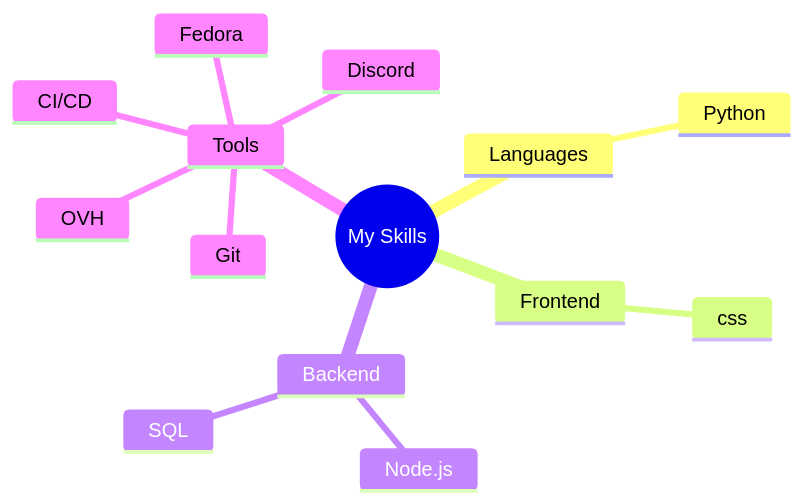
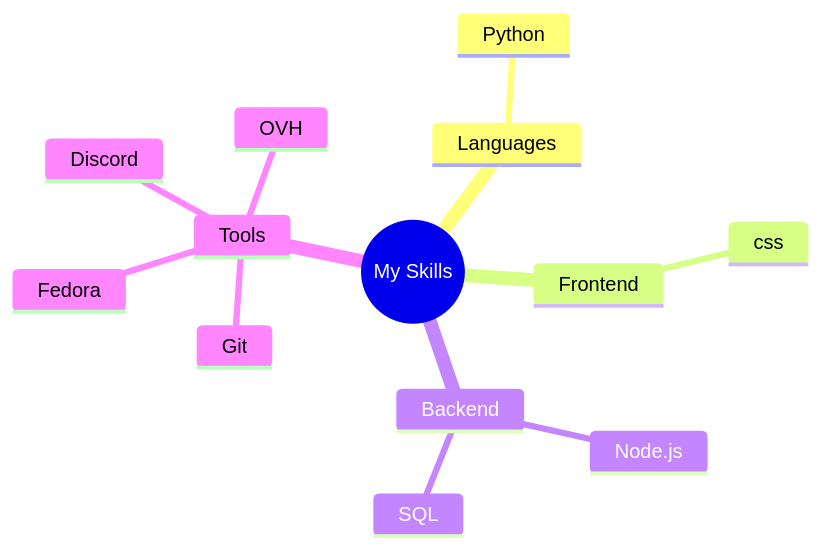
Before and after one commit to LightZirconite/LightZirconite: the diagram in README.md, drawn with Mermaid. The commit also changed other lines of this file, not shown here.

````diff
--- a/README.md
+++ b/README.md
@@ -27,17 +27,16 @@
 ```mermaid
 mindmap
   root((My Skills))
     Languages
       Python
     Frontend
       css
     Backend
       Node.js
       SQL
     Tools
       Git
       Fedora
       Discord
       OVH
-      CI/CD
 ```
````
